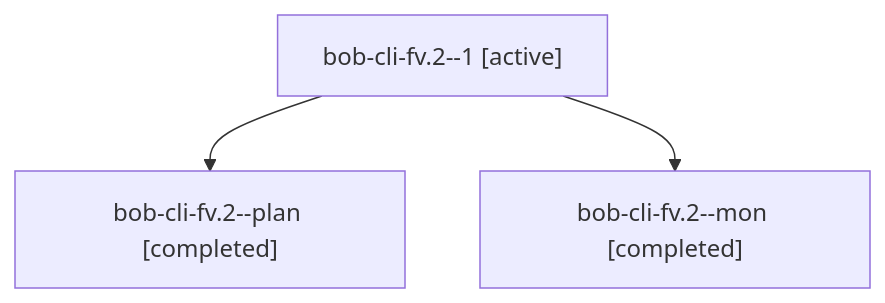
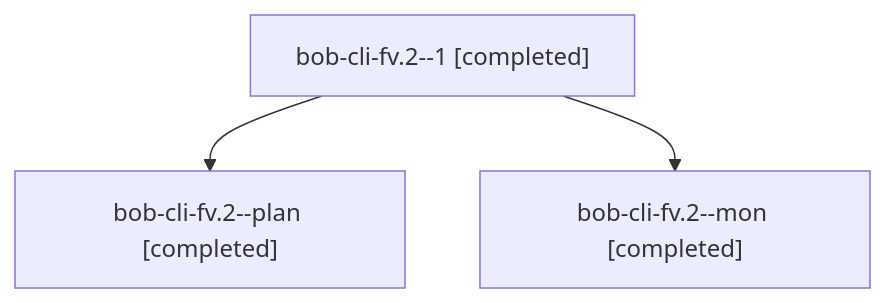
The diagram in sessions/bbugyi200.athena.bob-cli-fv.2.md (bobs-org/bob-cli--agents), drawn with Mermaid before and after one commit. The commit also changed other lines of this file and 19 other files, not shown here.

````diff
--- a/sessions/bbugyi200.athena.bob-cli-fv.2.md
+++ b/sessions/bbugyi200.athena.bob-cli-fv.2.md
@@ -9,8 +9,8 @@
 ```mermaid
 flowchart TD
-  n0["bob-cli-fv.2--1 [active]"]
+  n0["bob-cli-fv.2--1 [completed]"]
   n1["bob-cli-fv.2--plan [completed]"]
   n0 --> n1
   n2["bob-cli-fv.2--mon [completed]"]
   n0 --> n2
 ```
````
